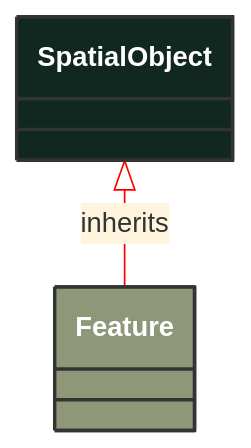
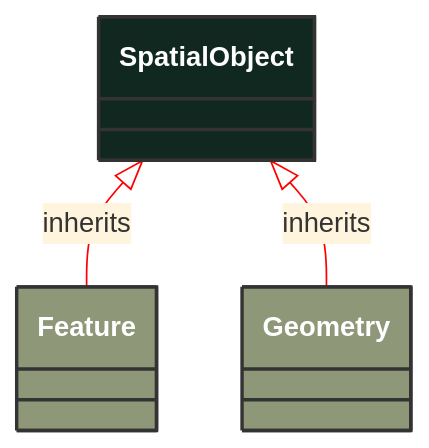
One commit to 3lbits/NoCIMExtensions changed the diagram in docs/Models/Profiles/AviationObstacle/ConcreteClasses/SpatialObject.md. Above: the diagram before and after it, drawn with Mermaid. The commit also changed 63 other files, not shown here.

````diff
--- a/docs/Models/Profiles/AviationObstacle/ConcreteClasses/SpatialObject.md
+++ b/docs/Models/Profiles/AviationObstacle/ConcreteClasses/SpatialObject.md
@@ -8,16 +8,22 @@
 ```mermaid
 %%{init: {'theme':'base','themeVariables': {'lineColor': '#FF0000'}}}%%
 classDiagram
     class SpatialObject
     click SpatialObject href "/Models/Profiles/AviationObstacle/ConcreteClasses/SpatialObject/"
     style SpatialObject fill:#102820,stroke:#333,stroke-width:2px,rx:10,ry:10,color:white
 
         SpatialObject <|-- Feature : inherits
 
         Feature
             click Feature href "/Models/Profiles/AviationObstacle/ConcreteClasses/Feature/"
             style Feature fill:#8F9779,stroke:#333,stroke-width:2px,rx:10,ry:10,color:white
 
+        SpatialObject <|-- Geometry : inherits
+
+        Geometry
+            click Geometry href "/Models/Profiles/AviationObstacle/ConcreteClasses/Geometry/"
+            style Geometry fill:#8F9779,stroke:#333,stroke-width:2px,rx:10,ry:10,color:white
+
 
 
 ```
````
